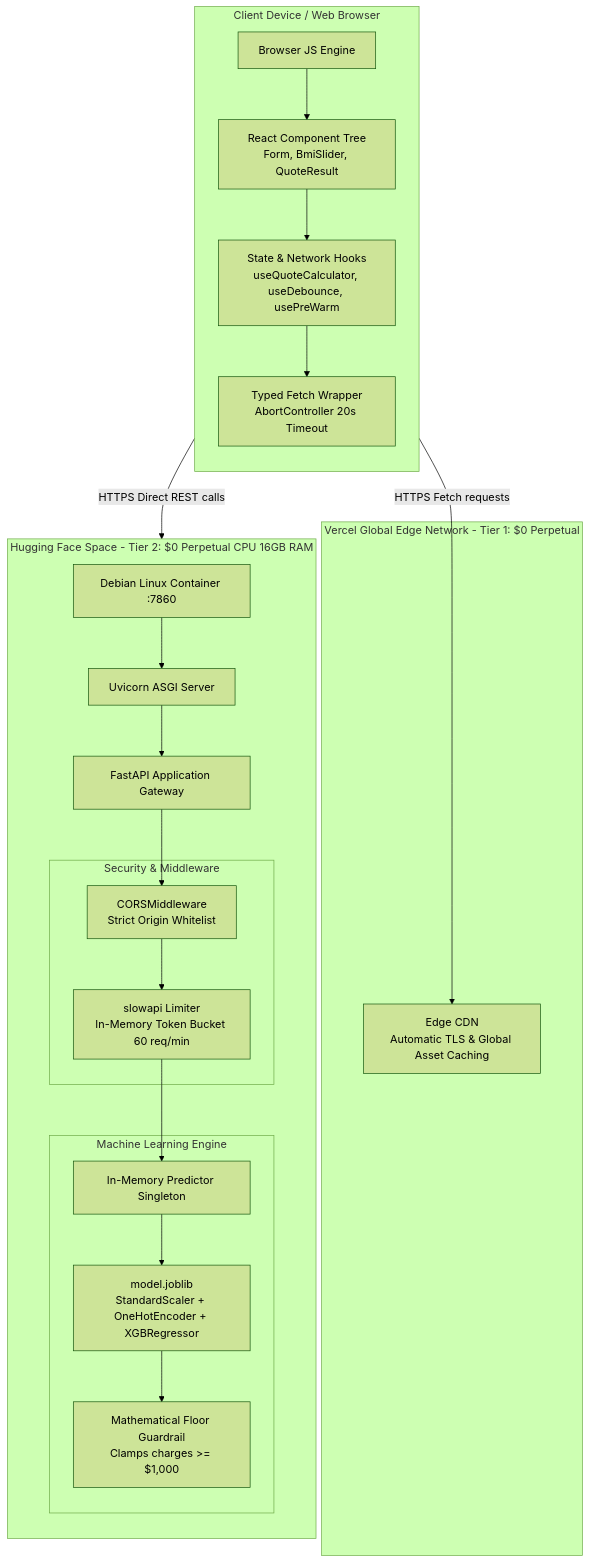
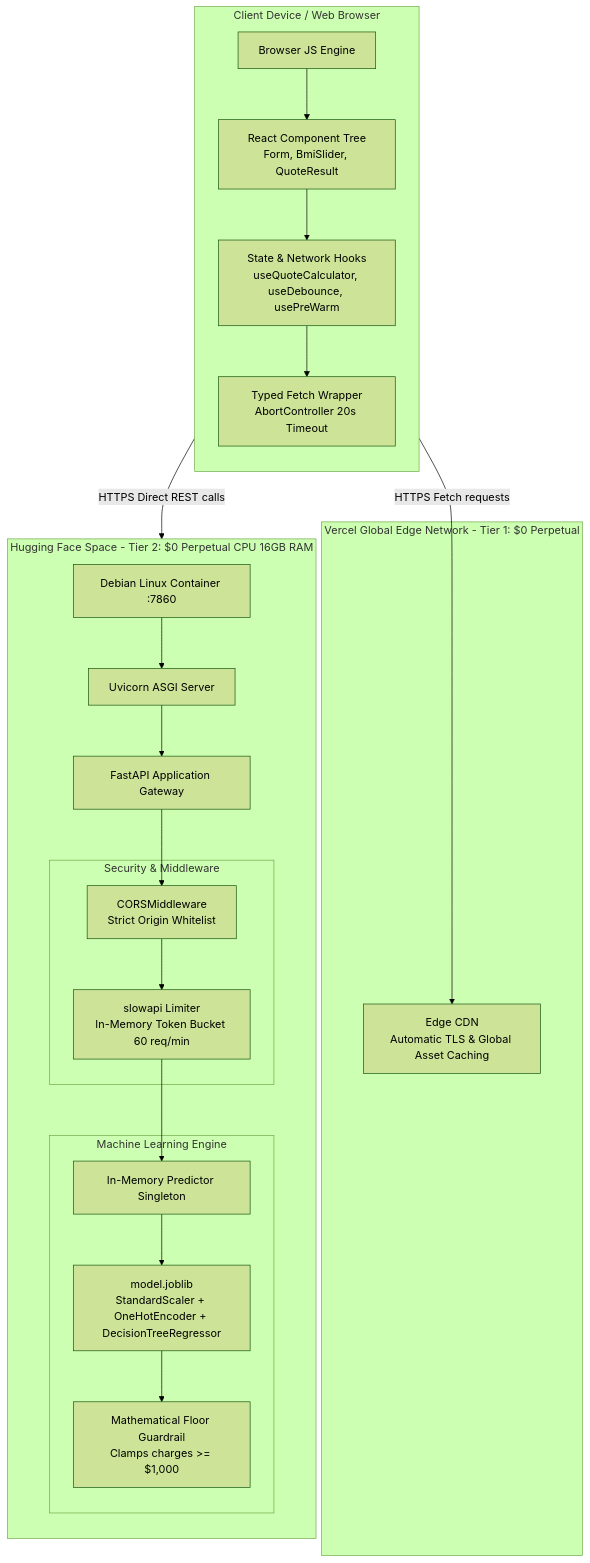
One commit to Sayan-pixel/DeltaCare changed the second of 2 diagrams in docs/architecture/SYSTEM_ARCHITECTURE.md. Above: the diagram before and after it, drawn with Mermaid (forest theme). The commit also changed other lines of this file and 23 other files, not shown here.

First line of the commit message:
refactor(ml): migrate architecture from XGBoost to CART Decision Tree Regressor (#23)

````diff
--- a/docs/architecture/SYSTEM_ARCHITECTURE.md
+++ b/docs/architecture/SYSTEM_ARCHITECTURE.md
@@ -48,47 +48,47 @@
 ```mermaid
 flowchart TB
     subgraph ClientDevice [Client Device / Web Browser]
         direction TB
         BrowserRuntime[Browser JS Engine]
         ReactTree[React Component Tree\nForm, BmiSlider, QuoteResult]
         CustomHooks[State & Network Hooks\nuseQuoteCalculator, useDebounce, usePreWarm]
         FetchClient[Typed Fetch Wrapper\nAbortController 20s Timeout]
         
         BrowserRuntime --> ReactTree
         ReactTree --> CustomHooks
         CustomHooks --> FetchClient
     end
 
     subgraph VercelEdge [Vercel Global Edge Network - Tier 1: $0 Perpetual]
         VercelCDN[Edge CDN\nAutomatic TLS & Global Asset Caching]
     end
 
     subgraph HFSpaces [Hugging Face Space - Tier 2: $0 Perpetual CPU 16GB RAM]
         direction TB
         DockerEnv[Debian Linux Container :7860]
         UvicornServer[Uvicorn ASGI Server]
         FastAPIGateway[FastAPI Application Gateway]
         
         subgraph SecurityLayer [Security & Middleware]
             CORS[CORSMiddleware\nStrict Origin Whitelist]
             RateLimiter[slowapi Limiter\nIn-Memory Token Bucket 60 req/min]
         end
         
         subgraph PipelineLayer [Machine Learning Engine]
             ModelPredictor[In-Memory Predictor Singleton]
-            JoblibArtifact[model.joblib\nStandardScaler + OneHotEncoder + XGBRegressor]
+            JoblibArtifact[model.joblib\nStandardScaler + OneHotEncoder + DecisionTreeRegressor]
             GuardrailModule[Mathematical Floor Guardrail\nClamps charges >= $1,000]
         end
         
         DockerEnv --> UvicornServer
         UvicornServer --> FastAPIGateway
         FastAPIGateway --> CORS
         CORS --> RateLimiter
         RateLimiter --> ModelPredictor
         ModelPredictor --> JoblibArtifact
         JoblibArtifact --> GuardrailModule
     end
 
     FetchClient -->|HTTPS Fetch requests| VercelCDN
     FetchClient -->|HTTPS Direct REST calls| FastAPIGateway
 ```
````
